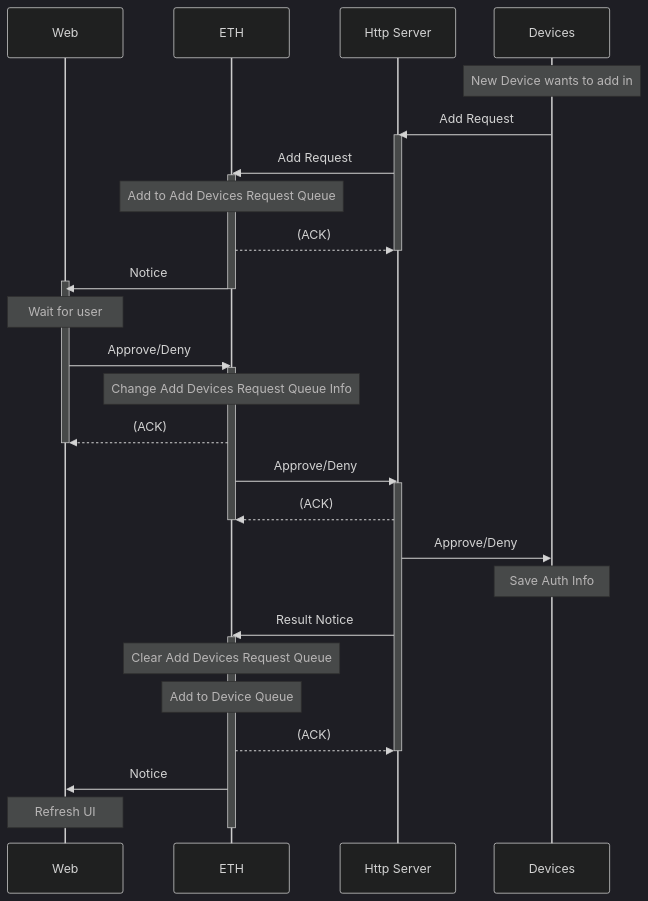
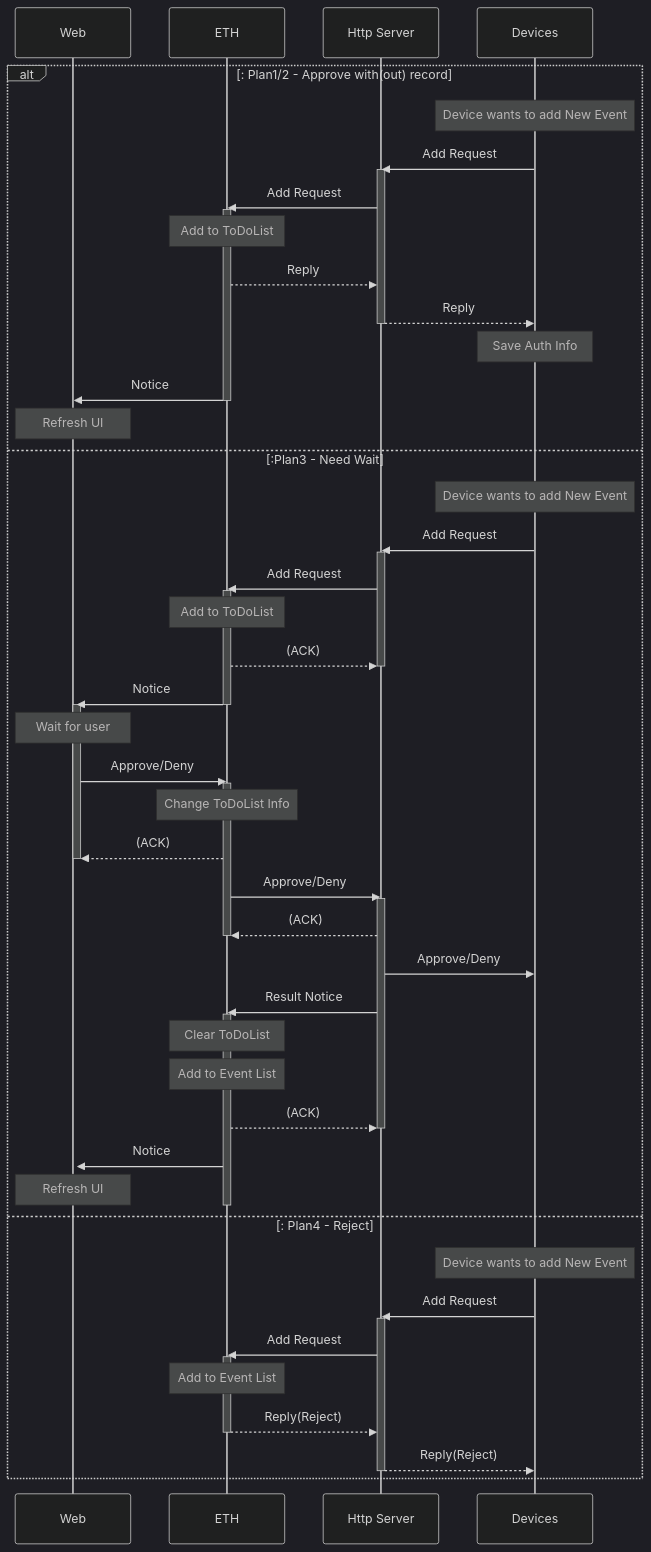
The tenth of 10 diagrams in README.md (CharlesShan-hub/BoTDapp), drawn with Mermaid (dark theme) before and after one commit. The commit also changed other lines of this file and 1 other file, not shown here.

````diff
--- a/README.md
+++ b/README.md
@@ -159,42 +414,74 @@
 ```mermaid
 sequenceDiagram
 participant Web
 participant ETH
 participant Http Server
 participant Devices
 
-Note over Devices: New Device wants to add in
-Devices->>Http Server: Add Request
-activate Http Server
-Http Server->>ETH: Add Request
-activate ETH
-Note over ETH: Add to Add Devices Request Queue
-ETH -->>Http Server: (ACK)
-deactivate Http Server
-ETH->>Web: Notice
-activate Web
-deactivate ETH
-Note over Web: Wait for user
-Web->>ETH: Approve/Deny
-activate ETH
-Note over ETH: Change Add Devices Request Queue Info
-ETH -->>Web: (ACK)
-deactivate Web
-ETH->>Http Server: Approve/Deny
-activate Http Server
-Http Server -->>ETH: (ACK)
-deactivate ETH
-Http Server->>Devices: Approve/Deny
-Note over Devices: Save Auth Info
-Http Server->>ETH: Result Notice
-activate ETH
-Note over ETH: Clear Add Devices Request Queue
-Note over ETH: Add to Device Queue
-ETH -->>Http Server: (ACK)
-deactivate Http Server
-ETH->>Web: Notice
-Note over Web: Refresh UI
-deactivate ETH
+alt: Plan1/2 - Approve with(out) record
+
+  Note over Devices: Device wants to add New Event
+  Devices->>Http Server: Add Request
+  activate Http Server
+  Http Server->>ETH: Add Request
+  activate ETH
+  Note over ETH: Add to ToDoList
+  ETH -->>Http Server: Reply
+  Http Server -->>Devices: Reply
+  deactivate Http Server
+  Note over Devices: Save Auth Info
+  ETH->>Web: Notice
+  activate Web
+  deactivate ETH
+  Note over Web: Refresh UI
+
+else:Plan3 - Need Wait
+  Note over Devices: Device wants to add New Event
+  Devices->>Http Server: Add Request
+  activate Http Server
+  Http Server->>ETH: Add Request
+  activate ETH
+  Note over ETH: Add to ToDoList
+  ETH -->>Http Server: (ACK)
+  deactivate Http Server
+  ETH->>Web: Notice
+  activate Web
+  deactivate ETH
+  Note over Web: Wait for user
+  Web->>ETH: Approve/Deny
+  activate ETH
+  Note over ETH: Change ToDoList Info
+  ETH -->>Web: (ACK)
+  deactivate Web
+  ETH->>Http Server: Approve/Deny
+  activate Http Server
+  Http Server -->>ETH: (ACK)
+  deactivate ETH
+  Http Server->>Devices: Approve/Deny
+  Http Server->>ETH: Result Notice
+  activate ETH
+  Note over ETH: Clear ToDoList
+  Note over ETH: Add to Event List
+  ETH -->>Http Server: (ACK)
+  deactivate Http Server
+  ETH->>Web: Notice
+  Note over Web: Refresh UI
+  deactivate ETH
+  
+else: Plan4 - Reject
+
+	Note over Devices: Device wants to add New Event
+  Devices->>Http Server: Add Request
+  activate Http Server
+  Http Server->>ETH: Add Request
+  activate ETH
+  Note over ETH: Add to Event List
+  ETH -->>Http Server: Reply(Reject)
+  deactivate ETH
+  Http Server -->>Devices: Reply(Reject)
+  deactivate Http Server
+  
+end
 
 
 ```
````
